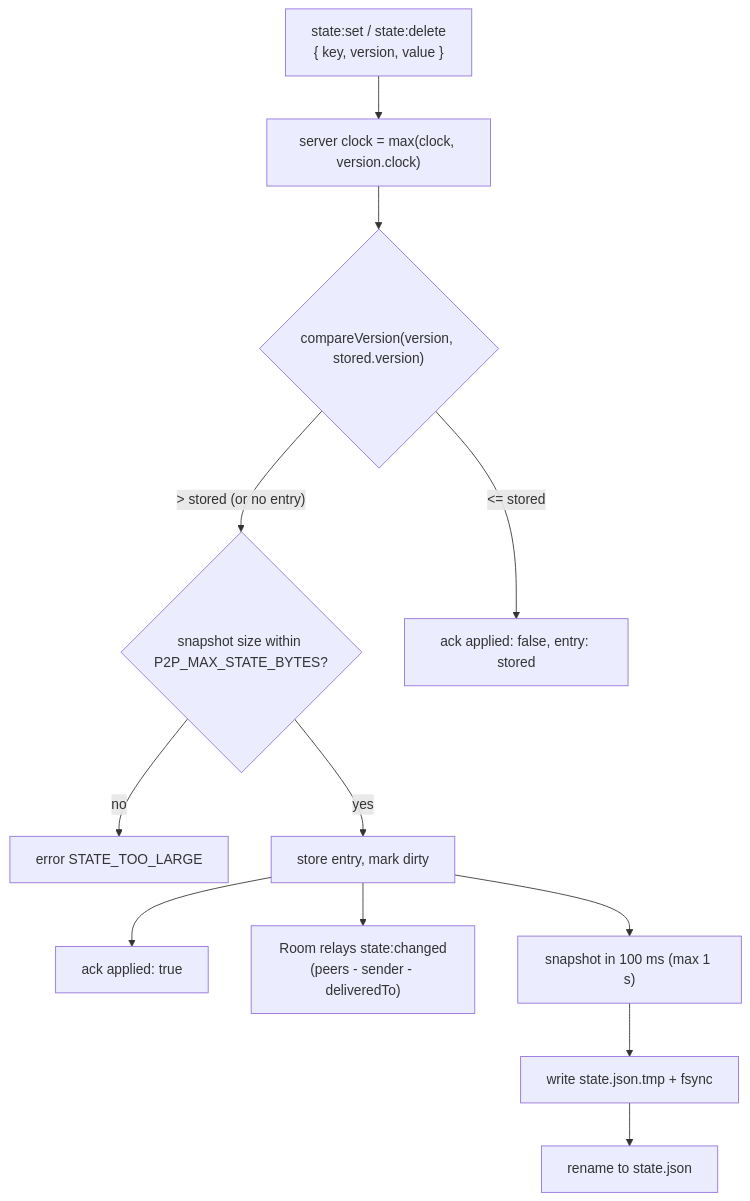
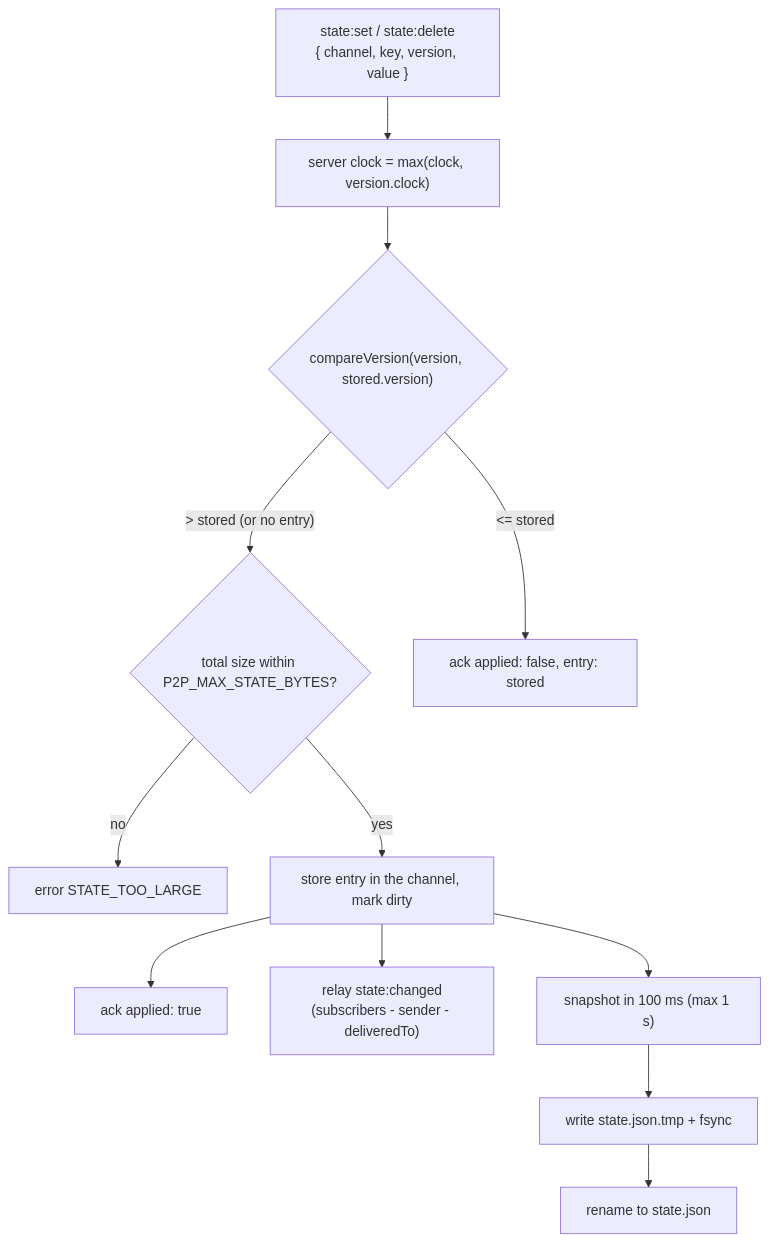
The diagram in docs/3-subsystems/state-store.md (fullstackedorg/p2p), drawn with Mermaid before and after one commit. The commit also changed other lines of this file and 62 other files, not shown here.

````diff
--- a/docs/3-subsystems/state-store.md
+++ b/docs/3-subsystems/state-store.md
@@ -3,13 +3,13 @@
 ```mermaid
 flowchart TD
-    W["state:set / state:delete\n{ key, version, value }"] --> Clock["server clock = max(clock, version.clock)"]
+    W["state:set / state:delete\n{ channel, key, version, value }"] --> Clock["server clock = max(clock, version.clock)"]
     Clock --> Cmp{"compareVersion(version, stored.version)"}
-    Cmp -->|"> stored (or no entry)"| Size{"snapshot size within P2P_MAX_STATE_BYTES?"}
+    Cmp -->|"> stored (or no entry)"| Size{"total size within P2P_MAX_STATE_BYTES?"}
     Size -->|"no"| TooLarge["error STATE_TOO_LARGE"]
-    Size -->|"yes"| Apply["store entry, mark dirty"]
+    Size -->|"yes"| Apply["store entry in the channel, mark dirty"]
     Apply --> Ack["ack applied: true"]
-    Apply --> Relay["Room relays state:changed\n(peers - sender - deliveredTo)"]
+    Apply --> Relay["relay state:changed\n(subscribers - sender - deliveredTo)"]
     Apply --> Debounce["snapshot in 100 ms (max 1 s)"]
     Cmp -->|"<= stored"| Stale["ack applied: false, entry: stored"]
     Debounce --> Tmp["write state.json.tmp + fsync"] --> Rename["rename to state.json"]
 ```
````
